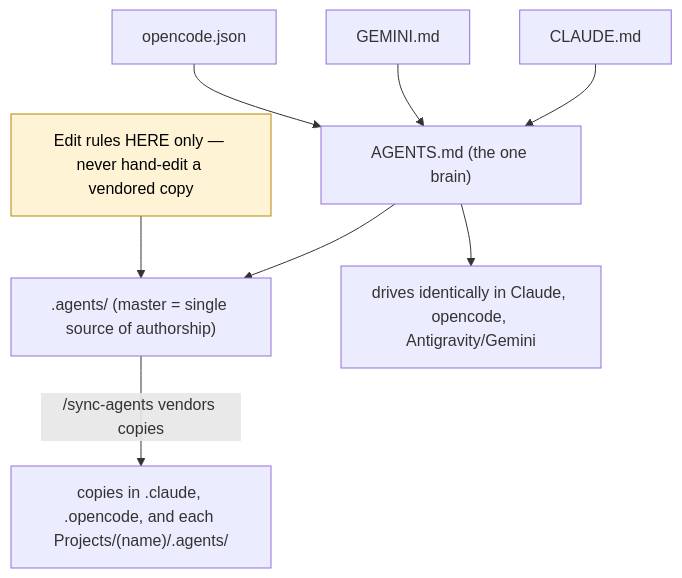
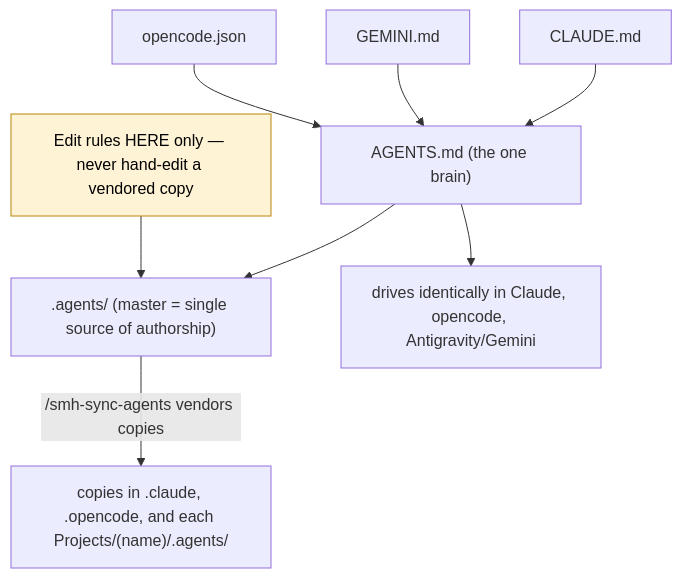
The fifth of 7 diagrams in docs/_scc_sops_prds/complete-system-overview.md (sudomadhatter/Sudo_Hatter_Command), drawn with Mermaid before and after one commit. The commit also changed other lines of this file and 42 other files, not shown here.

````diff
--- a/docs/_scc_sops_prds/complete-system-overview.md
+++ b/docs/_scc_sops_prds/complete-system-overview.md
@@ -125,13 +131,13 @@
 ```mermaid
 flowchart TD
     C["CLAUDE.md"] --> BRAIN["AGENTS.md (the one brain)"]
     G["GEMINI.md"] --> BRAIN
     O["opencode.json"] --> BRAIN
     BRAIN --> SRC[".agents/ (master = single source of authorship)"]
-    SRC -->|"/sync-agents vendors copies"| VEND["copies in .claude, .opencode, and each Projects/(name)/.agents/"]
+    SRC -->|"/smh-sync-agents vendors copies"| VEND["copies in .claude, .opencode, and each Projects/(name)/.agents/"]
     BRAIN --> RUN["drives identically in Claude, opencode, Antigravity/Gemini"]
     EDIT["Edit rules HERE only — never hand-edit a vendored copy"] --> SRC
 
     classDef warn fill:#fff3d6,stroke:#b8860b,color:#000
     class EDIT warn
 ```
````
